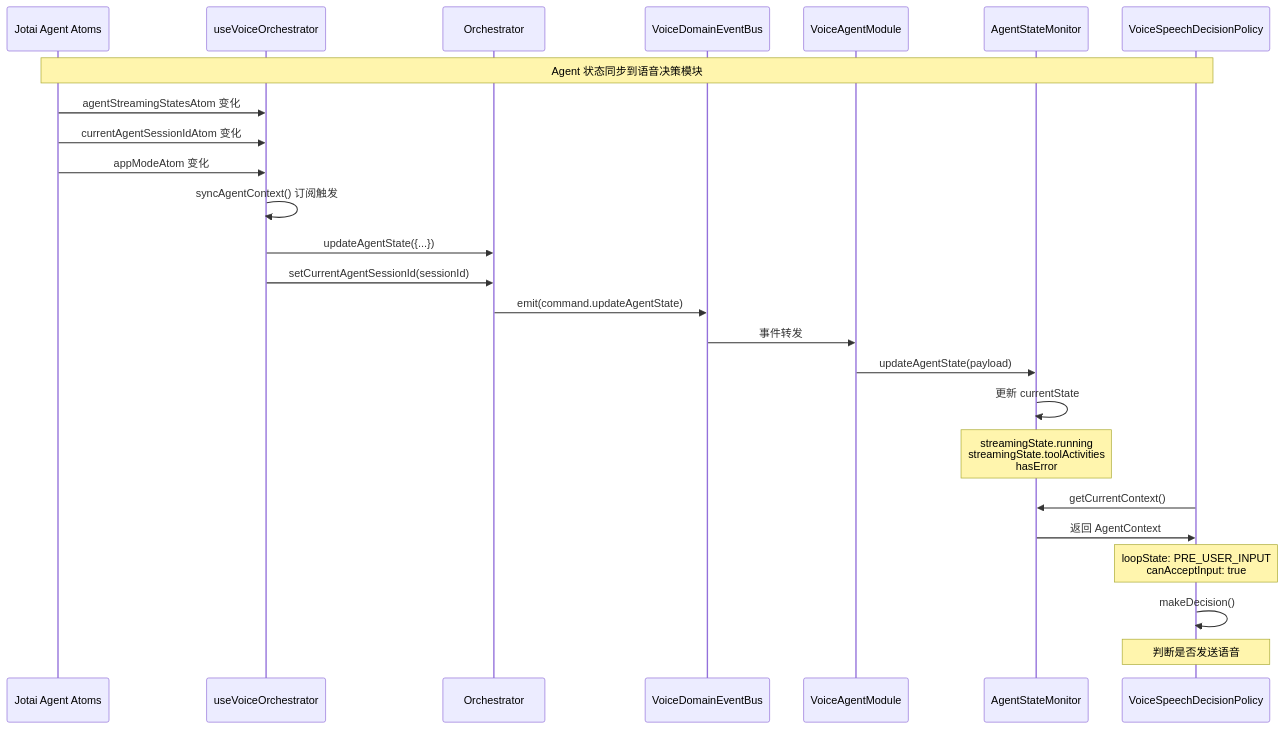
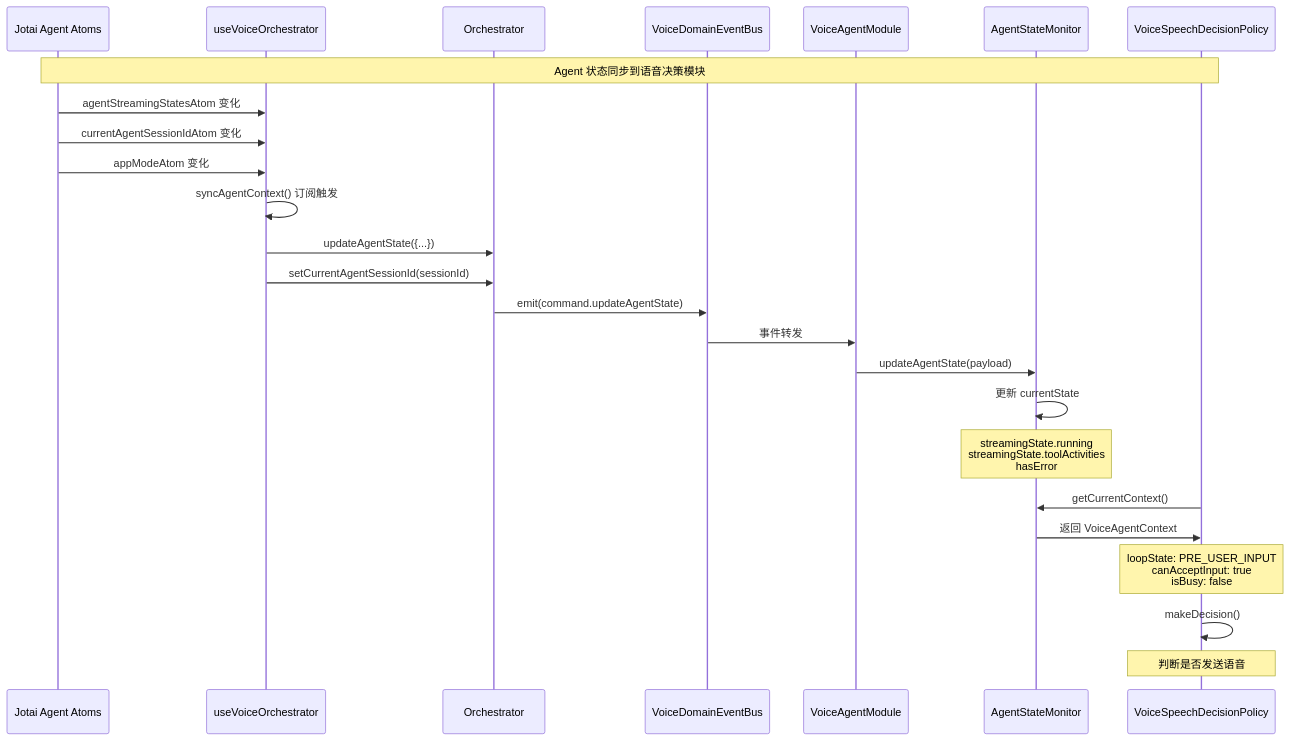
The third of 8 diagrams in apps/electron/src/renderer/components/voice-dictation/CLAUDE.md (yjzaaa/porma_v1), drawn with Mermaid before and after one commit. The commit also changed other lines of this file and 7 other files, not shown here.

Commit message:
refactor agent voice context

````diff
--- a/apps/electron/src/renderer/components/voice-dictation/CLAUDE.md
+++ b/apps/electron/src/renderer/components/voice-dictation/CLAUDE.md
@@ -117,34 +117,34 @@
 ```mermaid
 sequenceDiagram
     participant Jotai as Jotai Agent Atoms
     participant Hook as useVoiceOrchestrator
     participant Orch as Orchestrator
     participant Bus as VoiceDomainEventBus
     participant AgentMod as VoiceAgentModule
     participant Monitor as AgentStateMonitor
     participant Policy as VoiceSpeechDecisionPolicy
 
     Note over Jotai,Policy: Agent 状态同步到语音决策模块
 
     Jotai->>Hook: agentStreamingStatesAtom 变化
     Jotai->>Hook: currentAgentSessionIdAtom 变化
     Jotai->>Hook: appModeAtom 变化
 
     Hook->>Hook: syncAgentContext() 订阅触发
     Hook->>Orch: updateAgentState({...})
     Hook->>Orch: setCurrentAgentSessionId(sessionId)
 
     Orch->>Bus: emit(command.updateAgentState)
     Bus->>AgentMod: 事件转发
     AgentMod->>Monitor: updateAgentState(payload)
 
     Monitor->>Monitor: 更新 currentState
     Note over Monitor: streamingState.running<br/>streamingState.toolActivities<br/>hasError
 
     Policy->>Monitor: getCurrentContext()
-    Monitor->>Policy: 返回 AgentContext
-    Note over Policy: loopState: PRE_USER_INPUT<br/>canAcceptInput: true
+    Monitor->>Policy: 返回 VoiceAgentContext
+    Note over Policy: loopState: PRE_USER_INPUT<br/>canAcceptInput: true<br/>isBusy: false
 
     Policy->>Policy: makeDecision()
     Note over Policy: 判断是否发送语音
 ```
````
